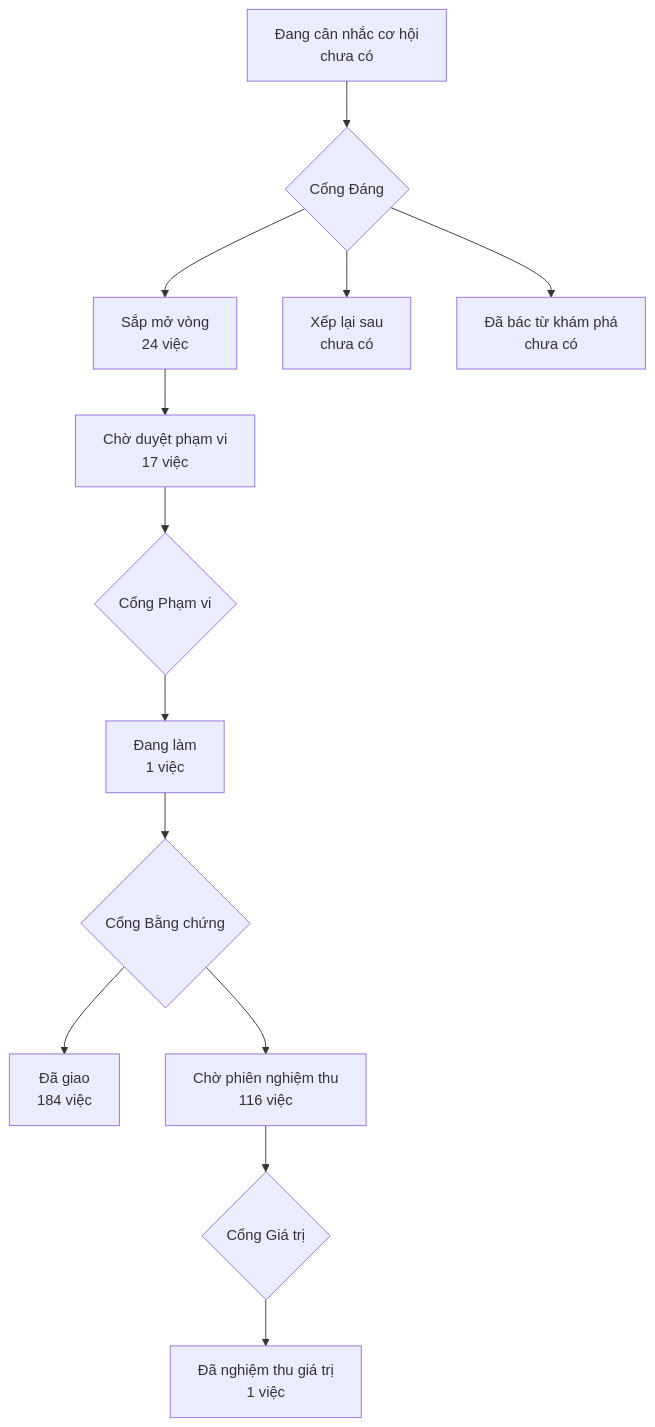
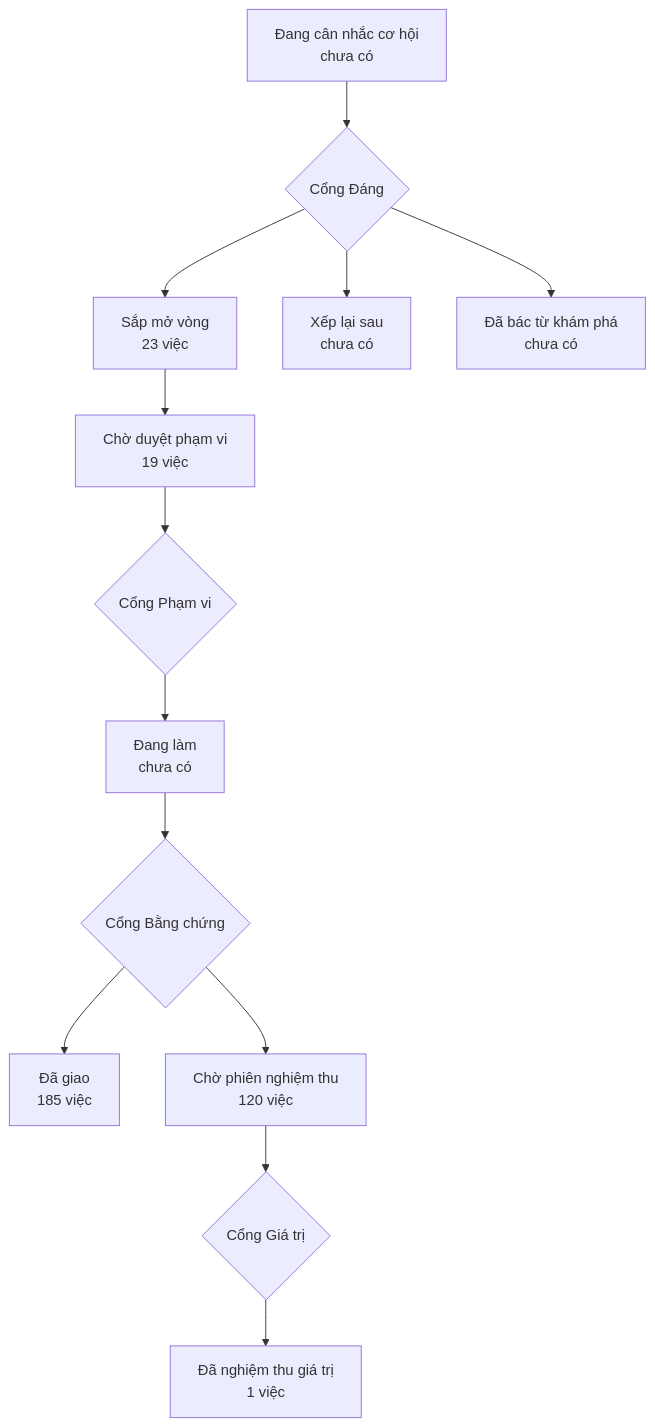
Before and after one commit to phanlemanh/onehub-invest: the diagram in PRODUCT-MAP.md, drawn with Mermaid. The commit also changed other lines of this file and 4 other files, not shown here.

````diff
--- a/PRODUCT-MAP.md
+++ b/PRODUCT-MAP.md
@@ -7,12 +7,12 @@
 ```mermaid
 flowchart TD
   A["Đang cân nhắc cơ hội<br/>chưa có"] --> GD{"Cổng Đáng"}
-  GD --> B["Sắp mở vòng<br/>24 việc"]
+  GD --> B["Sắp mở vòng<br/>23 việc"]
   GD --> XL["Xếp lại sau<br/>chưa có"]
   GD --> DB["Đã bác từ khám phá<br/>chưa có"]
-  B --> CD["Chờ duyệt phạm vi<br/>17 việc"] --> GP{"Cổng Phạm vi"}
-  GP --> DL["Đang làm<br/>1 việc"] --> GB{"Cổng Bằng chứng"}
-  GB --> DG["Đã giao<br/>184 việc"]
-  GB --> CN["Chờ phiên nghiệm thu<br/>116 việc"] --> GG{"Cổng Giá trị"}
+  B --> CD["Chờ duyệt phạm vi<br/>19 việc"] --> GP{"Cổng Phạm vi"}
+  GP --> DL["Đang làm<br/>chưa có"] --> GB{"Cổng Bằng chứng"}
+  GB --> DG["Đã giao<br/>185 việc"]
+  GB --> CN["Chờ phiên nghiệm thu<br/>120 việc"] --> GG{"Cổng Giá trị"}
   GG --> NT["Đã nghiệm thu giá trị<br/>1 việc"]
 ```
````
